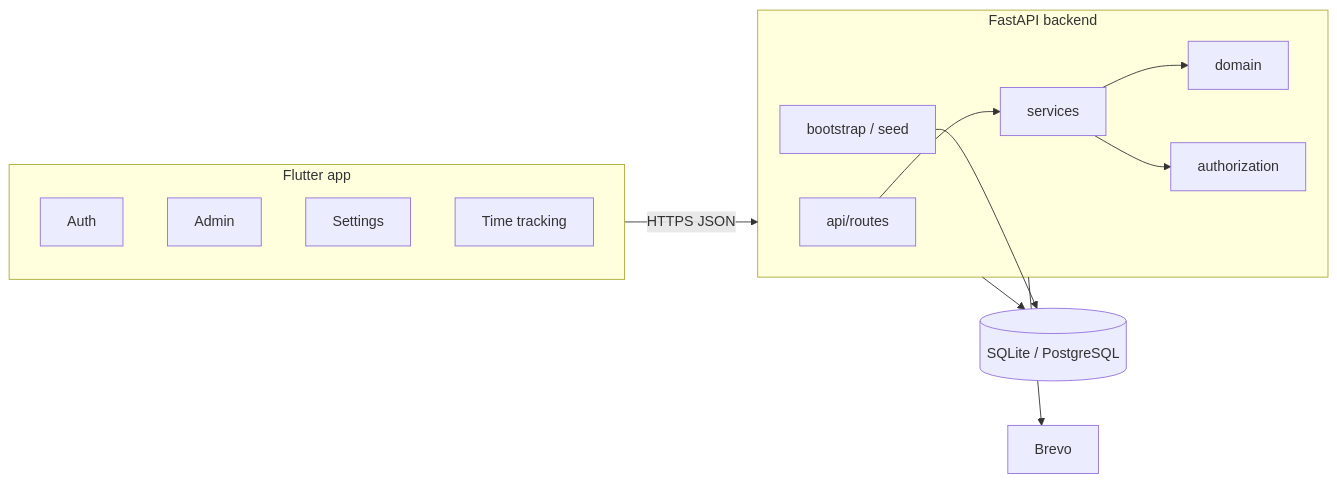
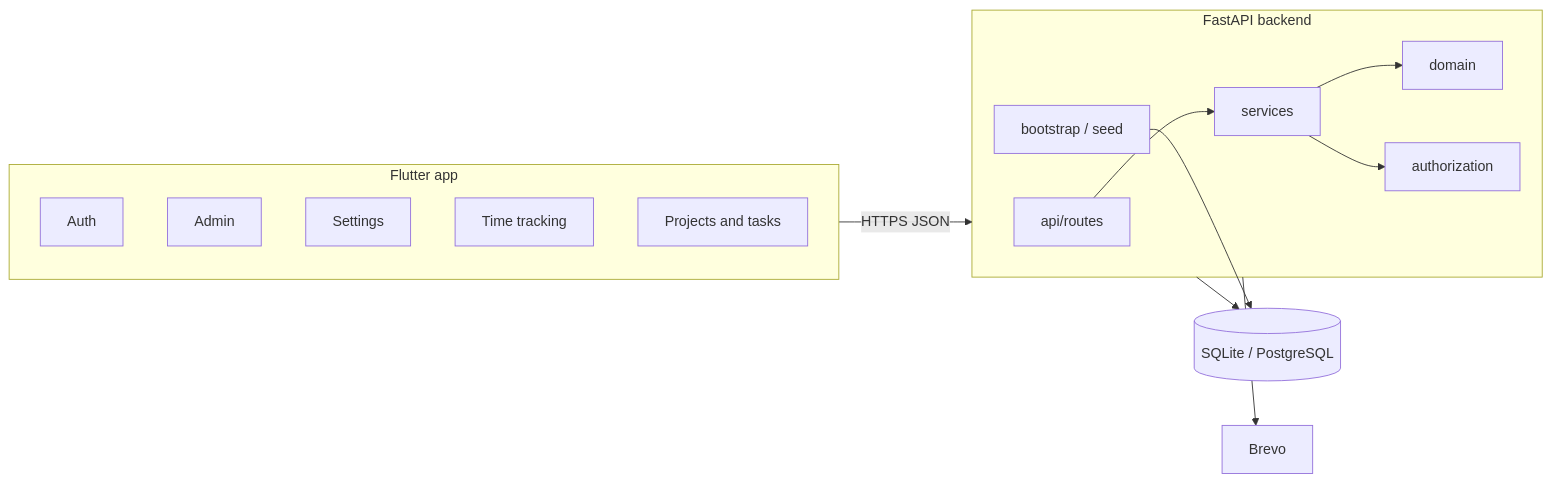
The first of 4 diagrams in README.md (MarcosAlves90/self-bunchin-app), drawn with Mermaid before and after one commit. The commit also changed other lines of this file and 28 other files, not shown here.

````diff
--- a/README.md
+++ b/README.md
@@ -28,28 +28,29 @@
 ```mermaid
 flowchart LR
   subgraph App["Flutter app"]
     Auth[Auth]
     Admin[Admin]
     Settings[Settings]
     Time[Time tracking]
+    Projects[Projects and tasks]
   end
 
   subgraph Api["FastAPI backend"]
     Routes[api/routes]
     Services[services]
     Domain[domain]
     Authz[authorization]
     Boot[bootstrap / seed]
   end
 
   DB[(SQLite / PostgreSQL)]
   Mail[Brevo]
 
   App -->|HTTPS JSON| Api
   Routes --> Services
   Services --> Domain
   Services --> Authz
   Boot --> DB
   Api --> DB
   Api --> Mail
 ```
````
